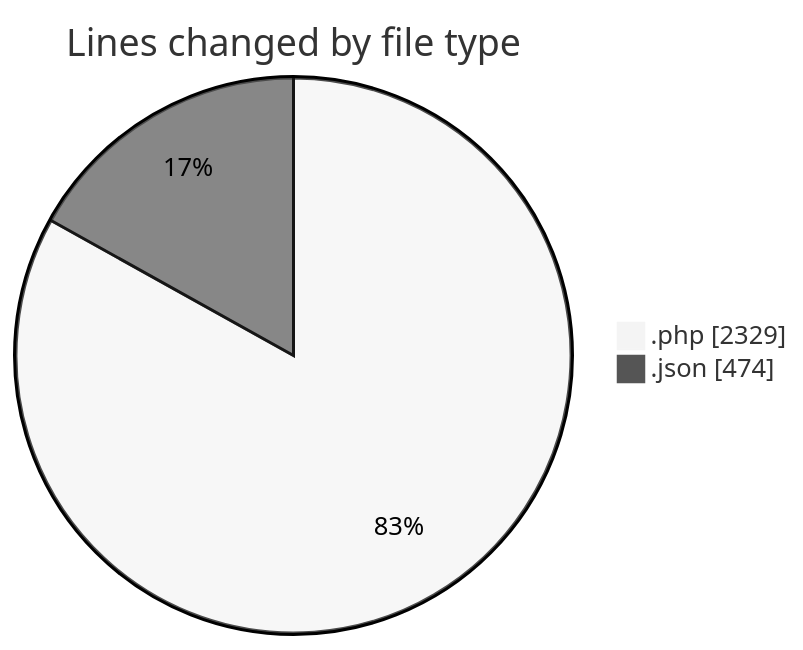
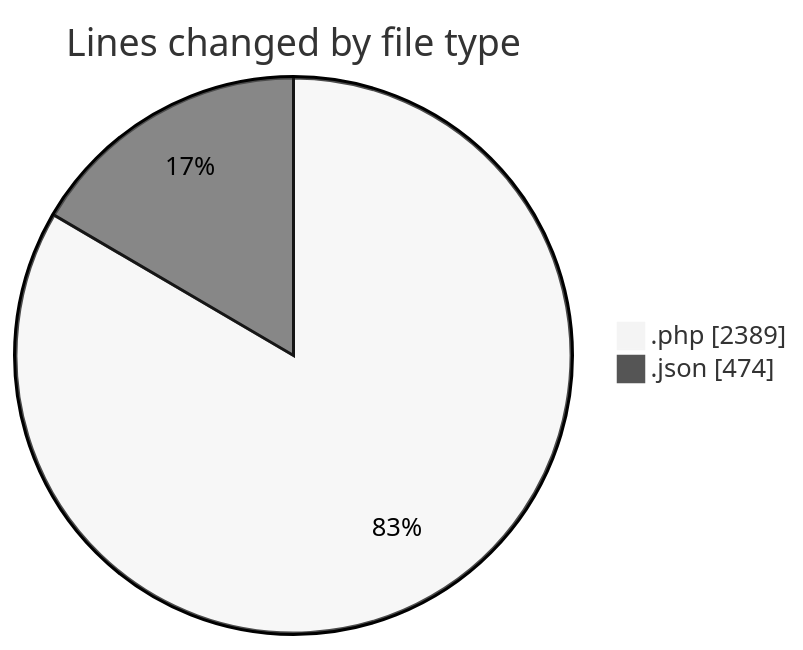
Before and after one commit to idhammustaqopulfikri/code-tracking: the first of 2 diagrams in 2025-06-22/studio-backend/README.md, drawn with Mermaid (neutral theme). The commit also changed other lines of this file and 1 other file, not shown here.

````diff
--- a/2025-06-22/studio-backend/README.md
+++ b/2025-06-22/studio-backend/README.md
@@ -30,6 +30,6 @@
 ```mermaid
 pie showData
 title Lines changed by file type
-".php" : 2329
+".php" : 2389
 ".json" : 474
 ```
````
